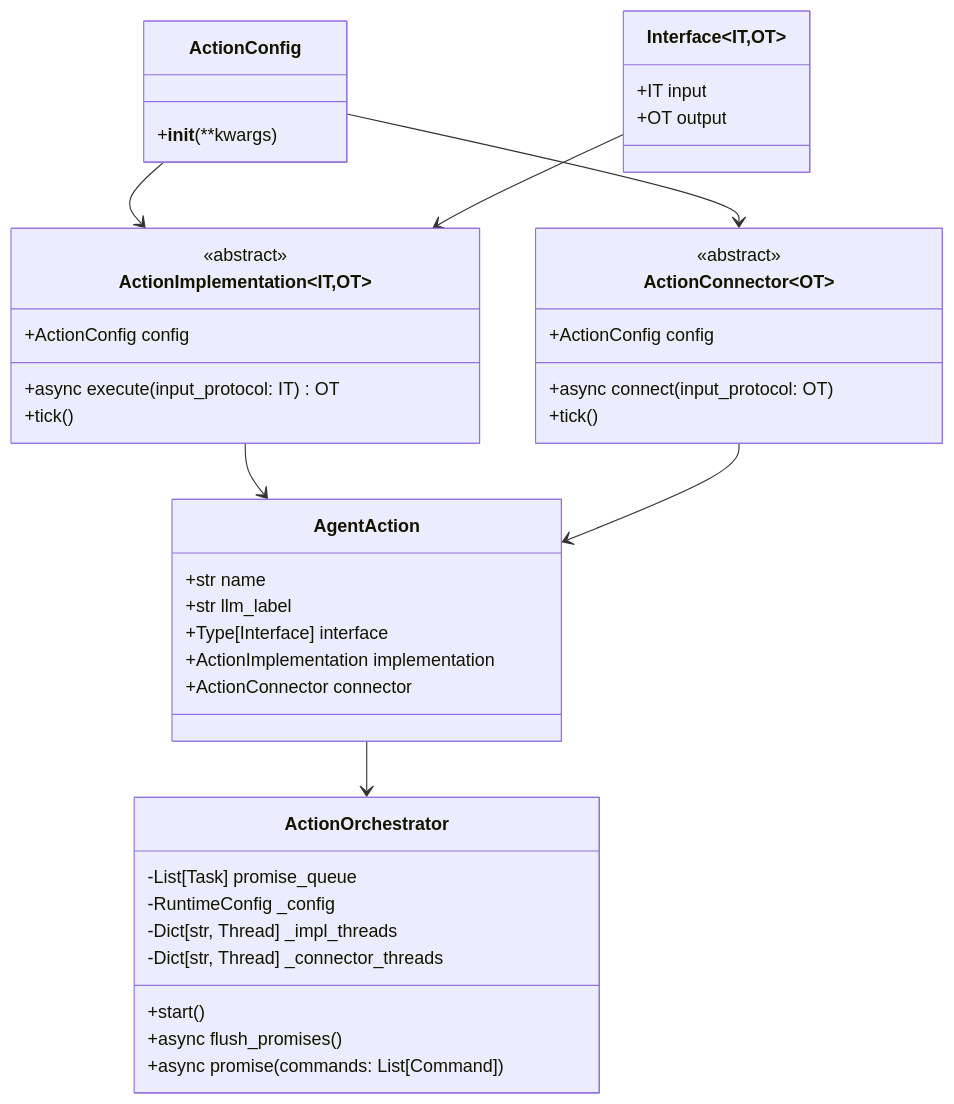
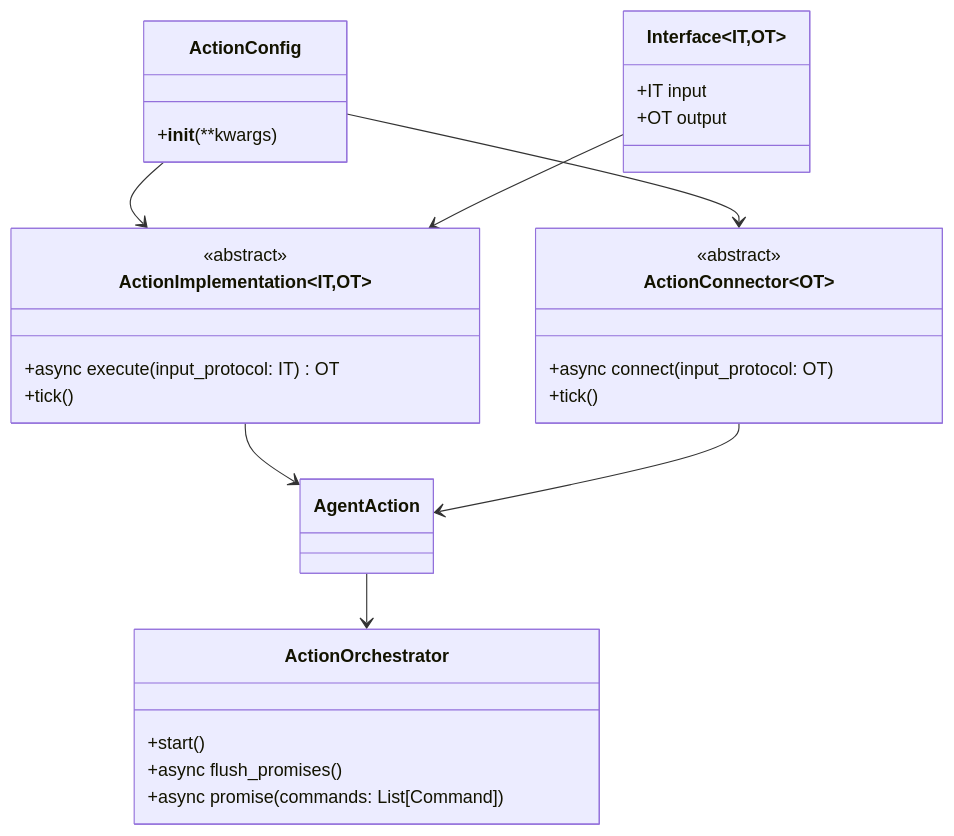
Before and after one commit to gizdusum/OM1: the first of 3 diagrams in docs/action-plugin/action-plugin-overview.mdx, drawn with Mermaid. The commit also changed other lines of this file and 8 other files, not shown here.

Commit message:
remove types and attributes but keep methods for class diagram

````diff
--- a/docs/action-plugin/action-plugin-overview.mdx
+++ b/docs/action-plugin/action-plugin-overview.mdx
@@ -19,50 +21,39 @@
 ```mermaid
 classDiagram
     class ActionConfig {
         +__init__(**kwargs)
     }
 
     class Interface~IT,OT~ {
         +IT input
         +OT output
     }
 
     class ActionImplementation~IT,OT~ {
         <<abstract>>
-        +ActionConfig config
         +async execute(input_protocol: IT) OT
         +tick()
     }
 
     class ActionConnector~OT~ {
         <<abstract>>
-        +ActionConfig config
         +async connect(input_protocol: OT)
         +tick()
     }
 
     class AgentAction {
-        +str name
-        +str llm_label
-        +Type[Interface] interface
-        +ActionImplementation implementation
-        +ActionConnector connector
     }
 
     class ActionOrchestrator {
-        -List[Task] promise_queue
-        -RuntimeConfig _config
-        -Dict[str, Thread] _impl_threads
-        -Dict[str, Thread] _connector_threads
         +start()
         +async flush_promises()
         +async promise(commands: List[Command])
     }
 
     ActionConfig --> ActionImplementation
     ActionConfig --> ActionConnector
     Interface --> ActionImplementation
     ActionImplementation --> AgentAction
     ActionConnector --> AgentAction
     AgentAction --> ActionOrchestrator
 ```
````
